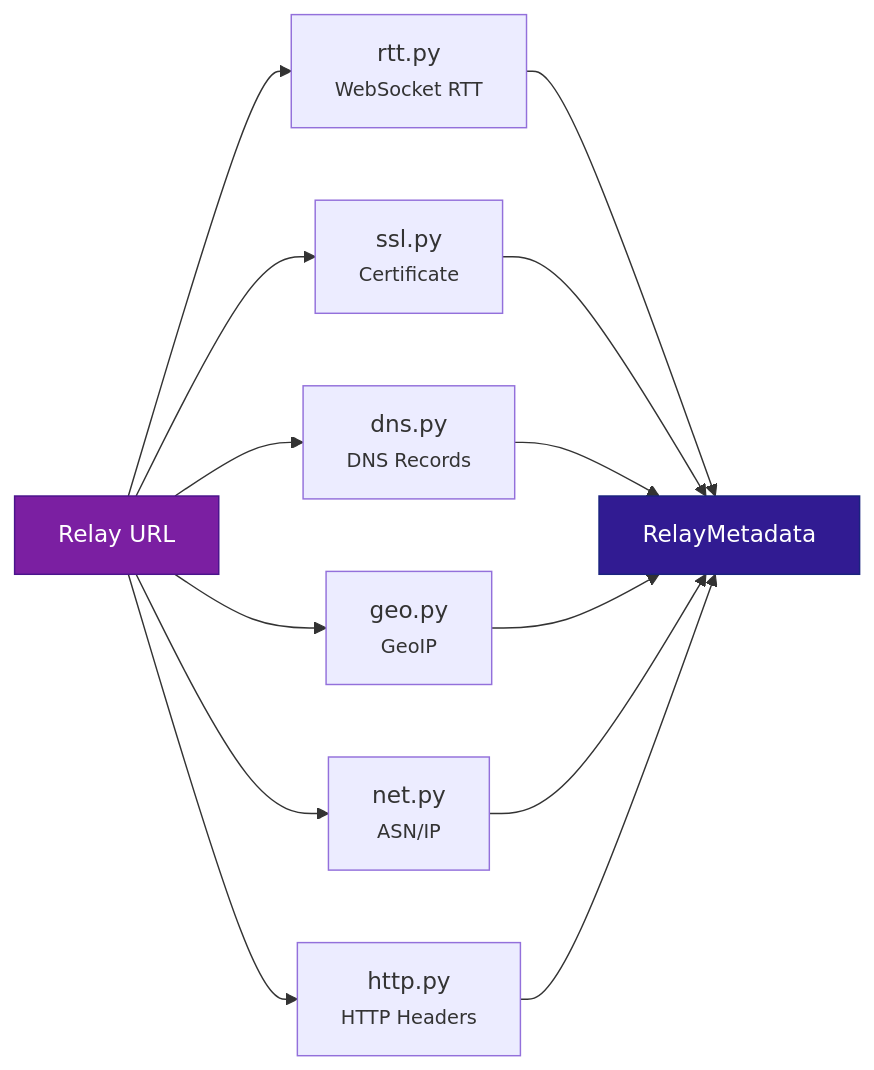
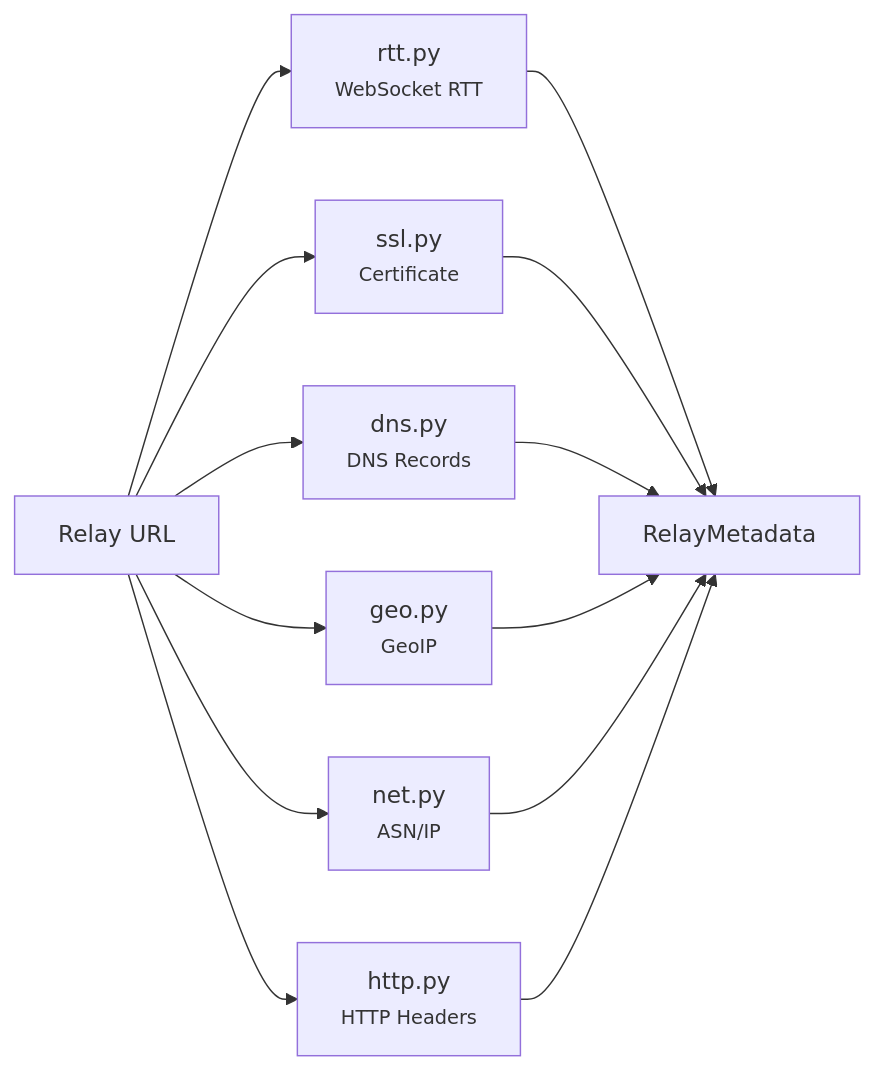
The third of 7 diagrams in docs/user-guide/architecture.md (BigBrotr/bigbrotr), drawn with Mermaid before and after one commit. The commit also changed other lines of this file and 10 other files, not shown here.

````diff
--- a/docs/user-guide/architecture.md
+++ b/docs/user-guide/architecture.md
@@ -347,20 +347,18 @@
 ```mermaid
 flowchart LR
     R["Relay URL"]
     R --> RTT["rtt.py<br/><small>WebSocket RTT</small>"]
     R --> SSL["ssl.py<br/><small>Certificate</small>"]
     R --> DNS["dns.py<br/><small>DNS Records</small>"]
     R --> GEO["geo.py<br/><small>GeoIP</small>"]
     R --> NET["net.py<br/><small>ASN/IP</small>"]
     R --> HTTP["http.py<br/><small>HTTP Headers</small>"]
 
     RTT --> RM["RelayMetadata"]
     SSL --> RM
     DNS --> RM
     GEO --> RM
     NET --> RM
     HTTP --> RM
 
-    style R fill:#7B1FA2,color:#fff,stroke:#4A148C
-    style RM fill:#311B92,color:#fff,stroke:#1A237E
 ```
````
